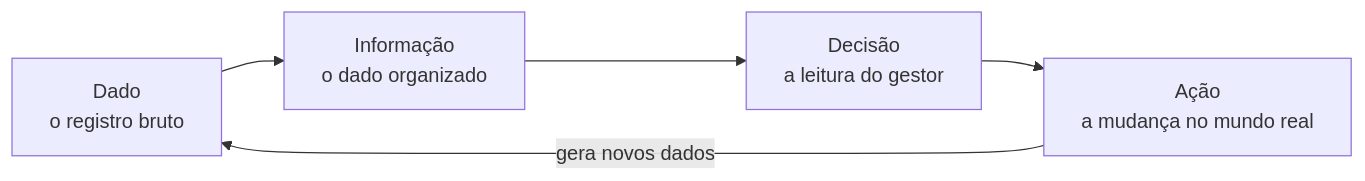
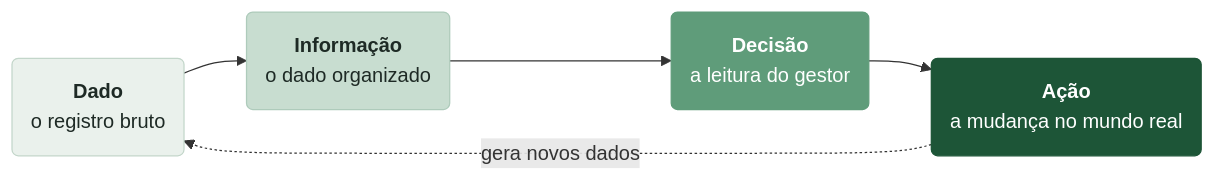
Before and after one commit to klein-natan/IA-Dados-GitBook: the first of 4 diagrams in aula-02-problemas-negocio-projetos-dados/README.md, drawn with Mermaid. The commit also changed other lines of this file and 4 other files, not shown here.

````diff
--- a/aula-02-problemas-negocio-projetos-dados/README.md
+++ b/aula-02-problemas-negocio-projetos-dados/README.md
@@ -39,7 +39,16 @@
 ```mermaid
+%%{init:{"theme":"base","themeVariables":{"fontFamily":"Inter,'Segoe UI','Liberation Sans',Helvetica,Arial,sans-serif","fontSize":"15px","primaryColor":"#F4F2EE","primaryTextColor":"#1E2A25","primaryBorderColor":"#CBD8D0","lineColor":"#8A9A90","secondaryColor":"#EDF2EE","tertiaryColor":"#FFFFFF","clusterBkg":"#F8F7F4","clusterBorder":"#E2DED7","edgeLabelBackground":"#FFFFFF"},"flowchart":{"nodeSpacing":28,"rankSpacing":38,"padding":14,"curve":"basis"}}}%%
 flowchart LR
-    A["Dado<br/>o registro bruto"] --> B["Informação<br/>o dado organizado"]
-    B --> C["Decisão<br/>a leitura do gestor"]
-    C --> D["Ação<br/>a mudança no mundo real"]
-    D -->|"gera novos dados"| A
+    A("<b>Dado</b><br/>o registro bruto") --> B("<b>Informação</b><br/>o dado organizado")
+    B --> C("<b>Decisão</b><br/>a leitura do gestor")
+    C --> D("<b>Ação</b><br/>a mudança no mundo real")
+    D -.->|"gera novos dados"| A
+    classDef destaque fill:#1D5537,stroke:#1D5537,color:#FFFFFF;
+    classDef medio fill:#C8DDD0,stroke:#AECBBB,color:#1E2A25;
+    classDef nevoa fill:#EAF1EC,stroke:#C3D6CA,color:#1E2A25;
+    classDef verde fill:#5F9C7A,stroke:#5F9C7A,color:#FFFFFF;
+    class A nevoa
+    class B medio
+    class C verde
+    class D destaque
 ```
````
